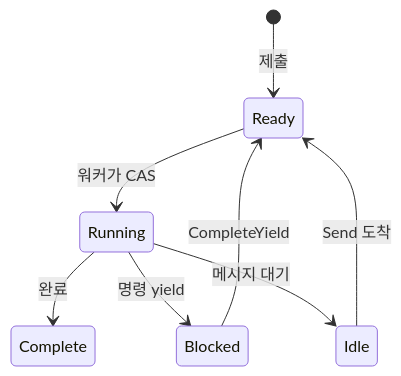
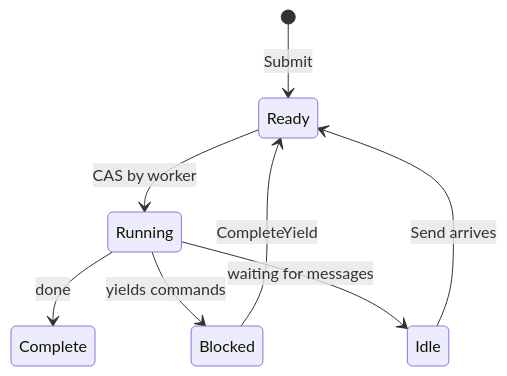
Before and after one commit to wippyai/docs: the second of 2 diagrams in ko/internals/scheduler.md, drawn with Mermaid. The commit also changed other lines of this file and 870 other files, not shown here.

````diff
--- a/ko/internals/scheduler.md
+++ b/ko/internals/scheduler.md
@@ -98,10 +100,10 @@
 ```mermaid
 stateDiagram-v2
-    [*] --> Ready: 제출
-    Ready --> Running: 워커가 CAS
-    Running --> Complete: 완료
-    Running --> Blocked: 명령 yield
-    Running --> Idle: 메시지 대기
+    [*] --> Ready: Submit
+    Ready --> Running: CAS by worker
+    Running --> Complete: done
+    Running --> Blocked: yields commands
+    Running --> Idle: waiting for messages
     Blocked --> Ready: CompleteYield
-    Idle --> Ready: Send 도착
+    Idle --> Ready: Send arrives
 ```
````
